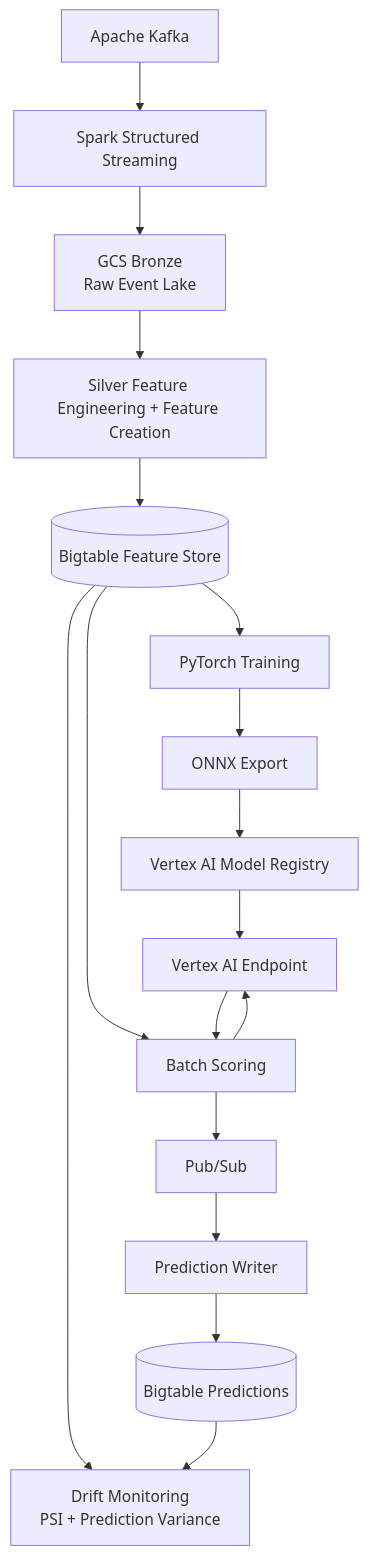
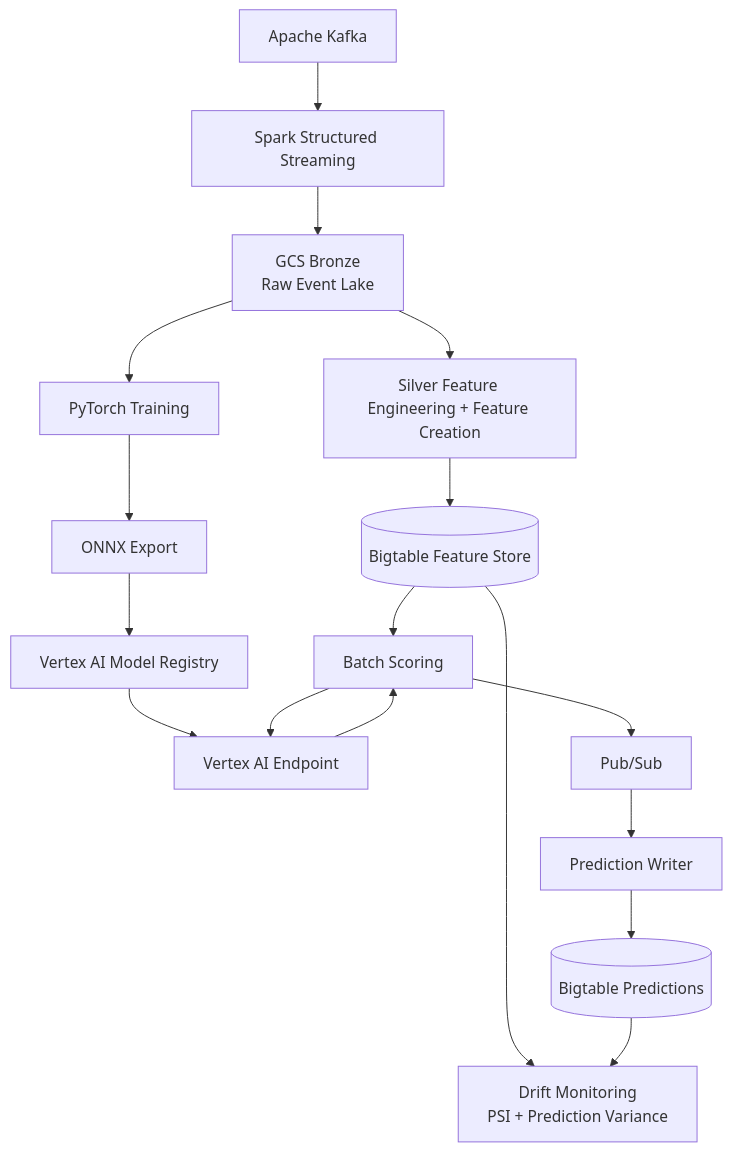
The diagram in README.md (ryanhillman/supply-chain-intelligence-platform), drawn with Mermaid before and after one commit.

Commit message:
docs: README diagram: training reads Bronze

````diff
--- a/README.md
+++ b/README.md
@@ -34,52 +34,52 @@
 ```mermaid
 flowchart TD
 
     K[Apache Kafka]
 
     S[Spark Structured Streaming]
 
     B[GCS Bronze<br/>Raw Event Lake]
 
     F[Silver Feature Engineering + Feature Creation]
 
     BT[(Bigtable Feature Store)]
 
     PT[PyTorch Training]
 
     ONNX[ONNX Export]
 
     REG[Vertex AI Model Registry]
 
     EP[Vertex AI Endpoint]
 
     BS[Batch Scoring]
 
     PS[Pub/Sub]
 
     PW[Prediction Writer]
 
     PR[(Bigtable Predictions)]
 
     DM[Drift Monitoring<br/>PSI + Prediction Variance]
 
     K --> S
     S --> B
     B --> F
     F --> BT
 
-    BT --> PT
+    B --> PT
     PT --> ONNX
     ONNX --> REG
     REG --> EP
 
     BT --> BS
     BS --> EP
     EP --> BS
 
     BS --> PS
     PS --> PW
     PW --> PR
 
     BT --> DM
     PR --> DM
 ```
````
